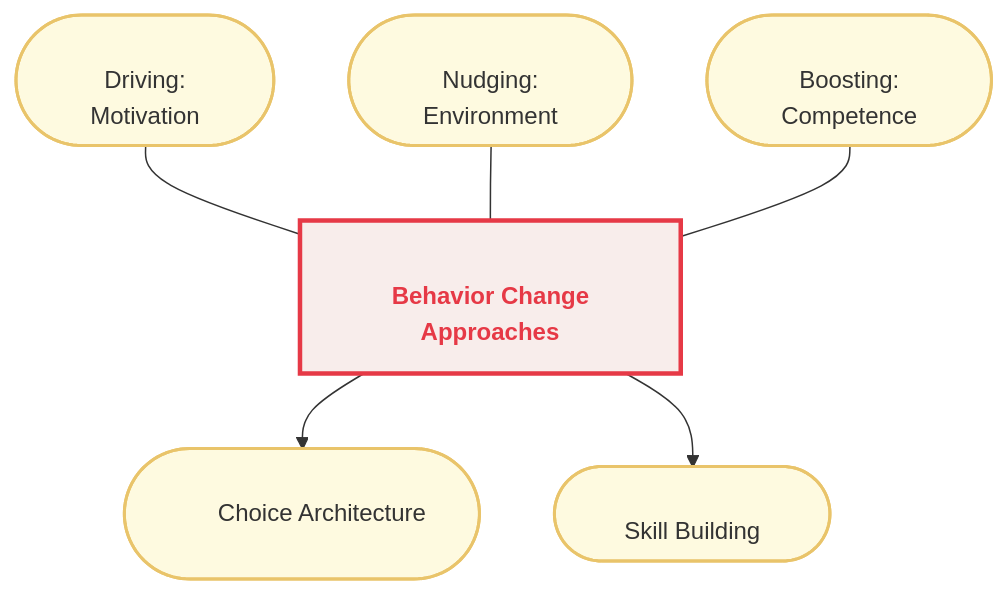
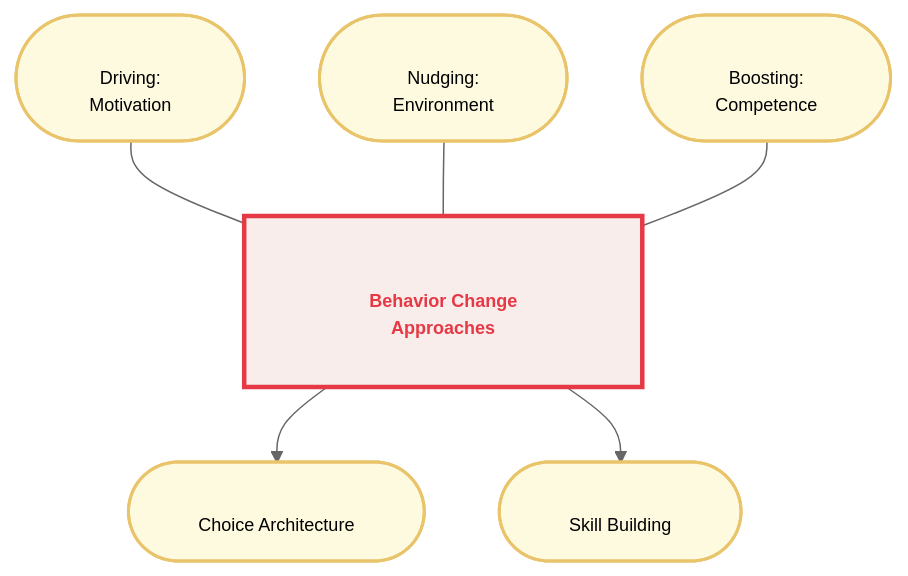
The second of 3 diagrams in Communication_Influence/Mastery_Guide_SOW_BS033.md (GM024/CourseSummaries), drawn with Mermaid before and after one commit. The commit also changed other lines of this file and 1 other file, not shown here.

Commit message:
Fix Mermaid syntax and update README to 'I' form

````diff
--- a/Communication_Influence/Mastery_Guide_SOW_BS033.md
+++ b/Communication_Influence/Mastery_Guide_SOW_BS033.md
@@ -132,15 +132,15 @@
 ```mermaid
-%%{init: { 'flowchart': { 'padding': 30, 'useMaxWidth': false, 'htmlLabels': true }, 'theme': 'neutral', 'themeVariables': { 'fontSize': '12px', 'fontFamily': '-apple-system,BlinkMacSystemFont,"Segoe UI",Helvetica,Arial,sans-serif' }}}%%
+%%{init: { "flowchart": { "padding": 30, "useMaxWidth": false, "htmlLabels": true }, "theme": "neutral", "themeVariables": { "fontSize": "12px", "fontFamily": "-apple-system,BlinkMacSystemFont,\"Segoe UI\",Helvetica,Arial,sans-serif" }}}%%
 graph TD
     classDef hub fill:#f8edeb,stroke:#e63946,stroke-width:3px,font-weight:bold;
     classDef week3 fill:#fefae0,stroke:#e9c46a,stroke-width:2px;
 
     Hub["<br/>&nbsp;&nbsp;&nbsp;&nbsp;&nbsp;&nbsp; <span style='color:#e63946'><b>Behavior Change</b></span> &nbsp;&nbsp;&nbsp;&nbsp;&nbsp;&nbsp;<br/>&nbsp;&nbsp;&nbsp;&nbsp;&nbsp;&nbsp; <span style='color:#e63946'><b>Approaches</b></span> &nbsp;&nbsp;&nbsp;&nbsp;&nbsp;&nbsp;<br/>"]:::hub
     
     S1(["<br/>&nbsp;&nbsp;&nbsp;&nbsp;&nbsp;&nbsp; Driving: &nbsp;&nbsp;&nbsp;&nbsp;&nbsp;&nbsp;<br/>&nbsp;&nbsp;&nbsp;&nbsp;&nbsp;&nbsp; Motivation &nbsp;&nbsp;&nbsp;&nbsp;&nbsp;&nbsp;<br/>"]):::week3 --- Hub
     S2(["<br/>&nbsp;&nbsp;&nbsp;&nbsp;&nbsp;&nbsp; Nudging: &nbsp;&nbsp;&nbsp;&nbsp;&nbsp;&nbsp;<br/>&nbsp;&nbsp;&nbsp;&nbsp;&nbsp;&nbsp; Environment &nbsp;&nbsp;&nbsp;&nbsp;&nbsp;&nbsp;<br/>"]):::week3 --- Hub
     S3(["<br/>&nbsp;&nbsp;&nbsp;&nbsp;&nbsp;&nbsp; Boosting: &nbsp;&nbsp;&nbsp;&nbsp;&nbsp;&nbsp;<br/>&nbsp;&nbsp;&nbsp;&nbsp;&nbsp;&nbsp; Competence &nbsp;&nbsp;&nbsp;&nbsp;&nbsp;&nbsp;<br/>"]):::week3 --- Hub
     
     Hub --> B1(["<br/>&nbsp;&nbsp;&nbsp;&nbsp;&nbsp;&nbsp; Choice Architecture &nbsp;&nbsp;&nbsp;&nbsp;&nbsp;&nbsp;<br/>"]):::week3
     Hub --> B2(["<br/>&nbsp;&nbsp;&nbsp;&nbsp;&nbsp;&nbsp; Skill Building &nbsp;&nbsp;&nbsp;&nbsp;&nbsp;&nbsp;<br/>"]):::week3
 ```
````
